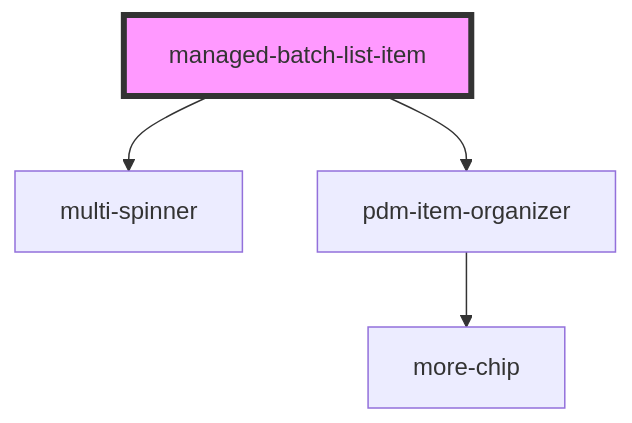
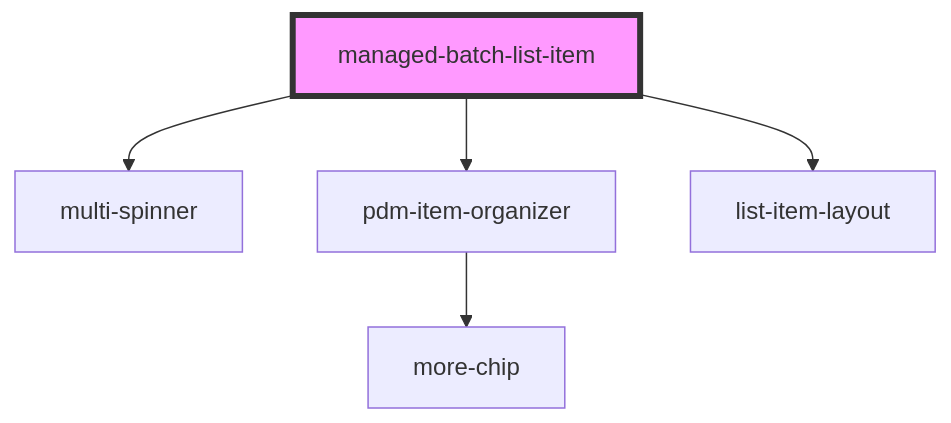
Before and after one commit to PharmaLedger-IMI/fgt-workspace: the diagram in pdm-web-components/src/components/managed-batch-list-item/readme.md, drawn with Mermaid. The commit also changed other lines of this file and 129 other files, not shown here.

````diff
--- a/pdm-web-components/src/components/managed-batch-list-item/readme.md
+++ b/pdm-web-components/src/components/managed-batch-list-item/readme.md
@@ -44,7 +45,8 @@
 ```mermaid
 graph TD;
   managed-batch-list-item --> multi-spinner
   managed-batch-list-item --> pdm-item-organizer
+  managed-batch-list-item --> list-item-layout
   pdm-item-organizer --> more-chip
   style managed-batch-list-item fill:#f9f,stroke:#333,stroke-width:4px
 ```
````
